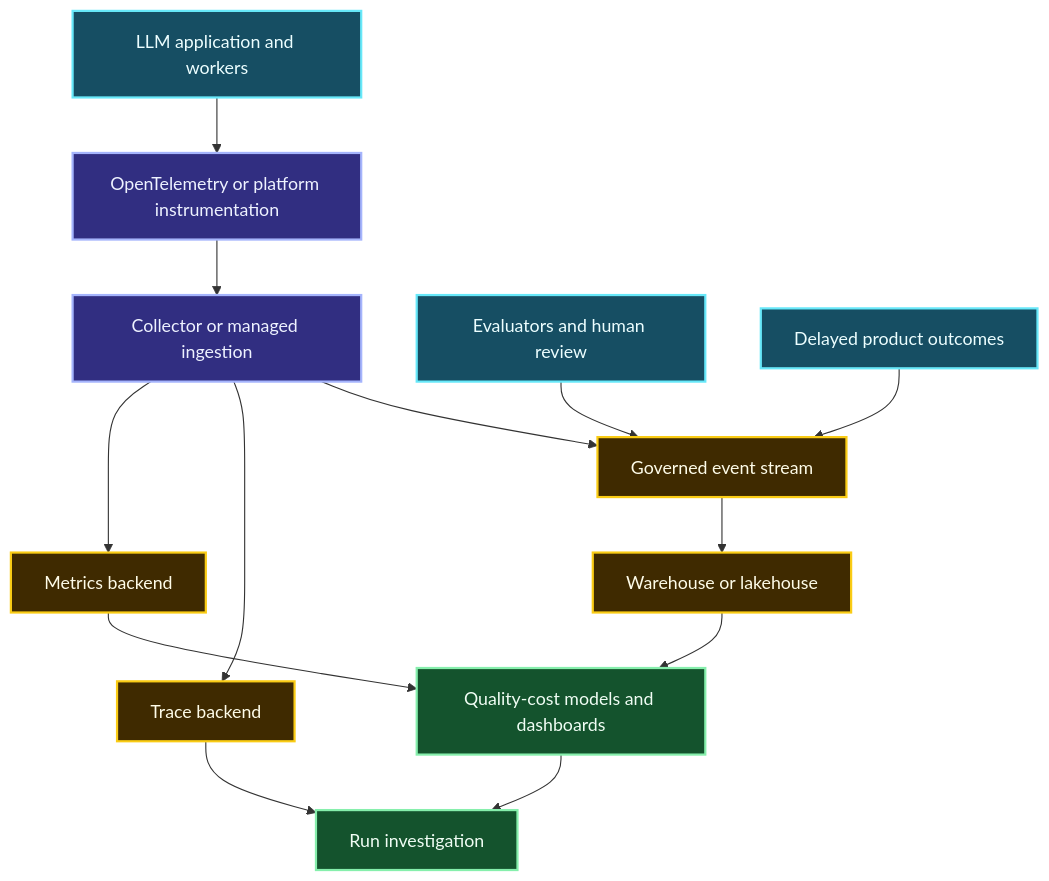
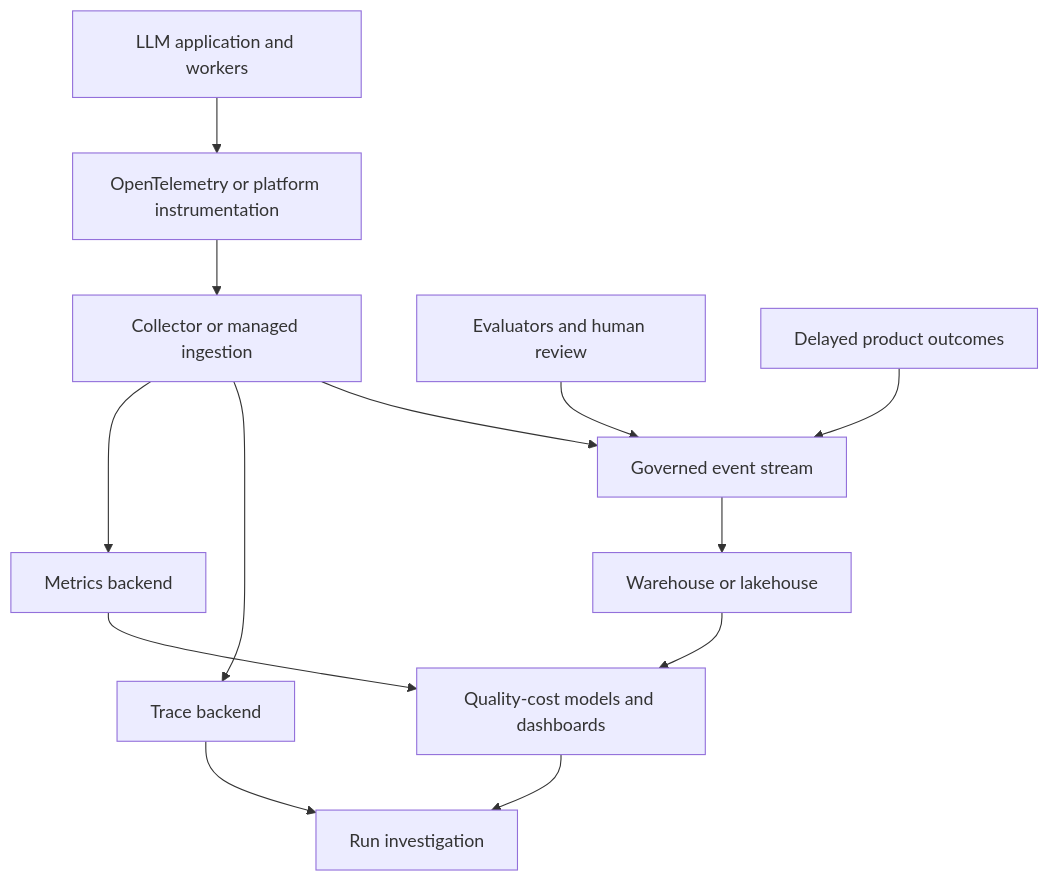
One commit to senlinyy/dev-roadmaps changed the fourth of 6 diagrams in roadmaps/mlops/modules/llmops/runtime-observability/03-quality-and-cost.md. Above: the diagram before and after it, drawn with Mermaid. The commit also changed other lines of this file and 152 other files, not shown here.

Commit message:
feat: mlops and diagrams updated

````diff
--- a/roadmaps/mlops/modules/llmops/runtime-observability/03-quality-and-cost.md
+++ b/roadmaps/mlops/modules/llmops/runtime-observability/03-quality-and-cost.md
@@ -362,22 +356,20 @@
 ```mermaid
 flowchart TD
     A["LLM application and workers"] --> B["OpenTelemetry or platform instrumentation"]
     B --> C["Collector or managed ingestion"]
     C --> D["Metrics backend"]
     C --> E["Trace backend"]
     C --> F["Governed event stream"]
     G["Evaluators and human review"] --> F
     H["Delayed product outcomes"] --> F
     F --> I["Warehouse or lakehouse"]
     I --> J["Quality-cost models and dashboards"]
     D --> J
     E --> K["Run investigation"]
     J --> K
 
-    classDef source fill:#164E63,stroke:#67E8F9,color:#ECFEFF,stroke-width:2px; classDef transport fill:#312E81,stroke:#A5B4FC,color:#EEF2FF,stroke-width:2px;
-    classDef store fill:#3F2A00,stroke:#FACC15,color:#FEFCE8,stroke-width:2px; classDef use fill:#14532D,stroke:#86EFAC,color:#F0FDF4,stroke-width:2px;
     class A,G,H source;
     class B,C transport;
     class D,E,F,I store;
     class J,K use;
 ```
````
